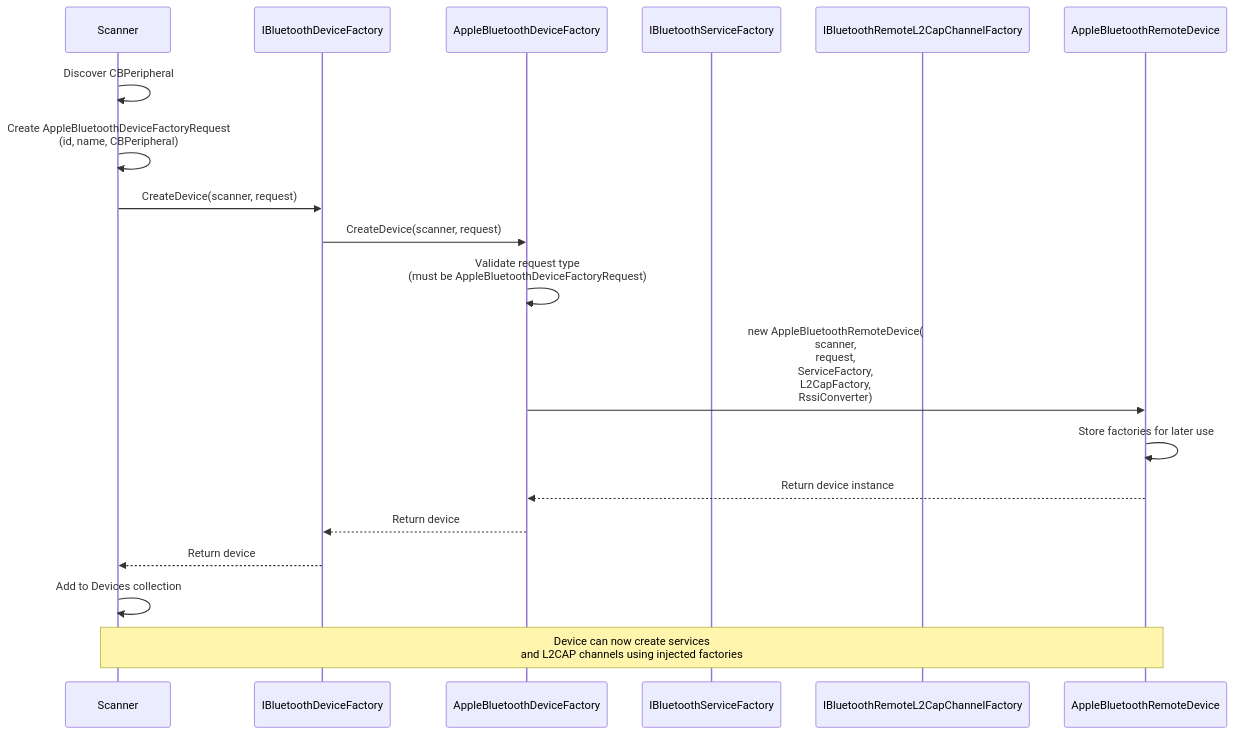
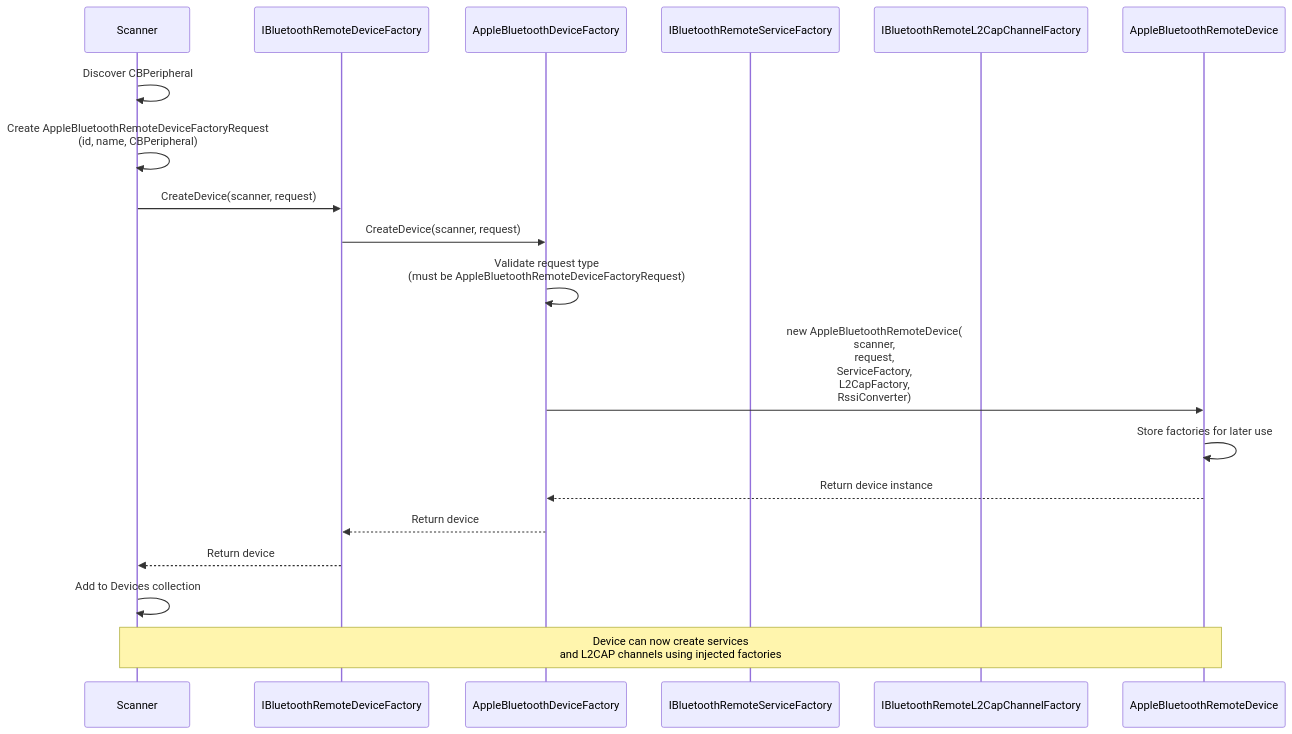
The eighth of 13 diagrams in Docs/ARCHITECTURE_DIAGRAMS.md (Laerdal/Plugin.Bluetooth), drawn with Mermaid before and after one commit. The commit also changed other lines of this file and 155 other files, not shown here.

First line of the commit message:
refa (maui): rename device factory interfaces and specs to remote and update implementations

````diff
--- a/Docs/ARCHITECTURE_DIAGRAMS.md
+++ b/Docs/ARCHITECTURE_DIAGRAMS.md
@@ -426,29 +426,29 @@
 ```mermaid
 sequenceDiagram
     participant Scanner
-    participant DeviceFactory as IBluetoothDeviceFactory
+    participant DeviceFactory as IBluetoothRemoteDeviceFactory
     participant PlatformFactory as AppleBluetoothDeviceFactory
-    participant ServiceFactory as IBluetoothServiceFactory
+    participant ServiceFactory as IBluetoothRemoteServiceFactory
     participant L2CapFactory as IBluetoothRemoteL2CapChannelFactory
     participant Device as AppleBluetoothRemoteDevice
 
     Scanner->>Scanner: Discover CBPeripheral
-    Scanner->>Scanner: Create AppleBluetoothDeviceFactoryRequest<br/>(id, name, CBPeripheral)
+    Scanner->>Scanner: Create AppleBluetoothRemoteDeviceFactoryRequest<br/>(id, name, CBPeripheral)
 
     Scanner->>DeviceFactory: CreateDevice(scanner, request)
     DeviceFactory->>PlatformFactory: CreateDevice(scanner, request)
 
-    PlatformFactory->>PlatformFactory: Validate request type<br/>(must be AppleBluetoothDeviceFactoryRequest)
+    PlatformFactory->>PlatformFactory: Validate request type<br/>(must be AppleBluetoothRemoteDeviceFactoryRequest)
 
     PlatformFactory->>Device: new AppleBluetoothRemoteDevice(<br/>scanner,<br/>request,<br/>ServiceFactory,<br/>L2CapFactory,<br/>RssiConverter)
 
     Device->>Device: Store factories for later use
 
     Device-->>PlatformFactory: Return device instance
     PlatformFactory-->>DeviceFactory: Return device
     DeviceFactory-->>Scanner: Return device
 
     Scanner->>Scanner: Add to Devices collection
 
     Note over Scanner,Device: Device can now create services<br/>and L2CAP channels using injected factories
 ```
````
